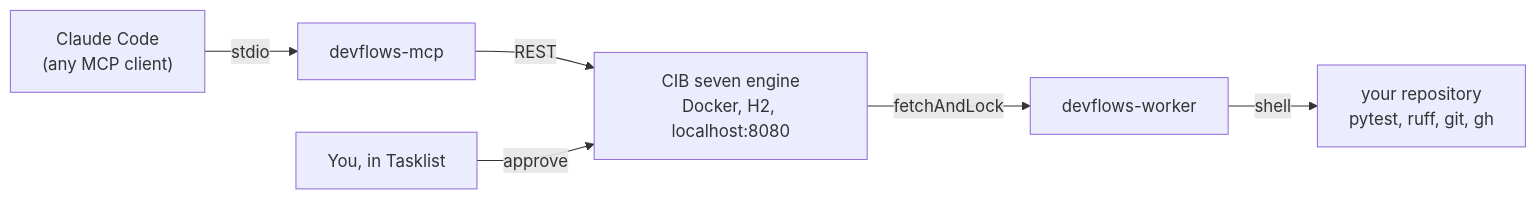
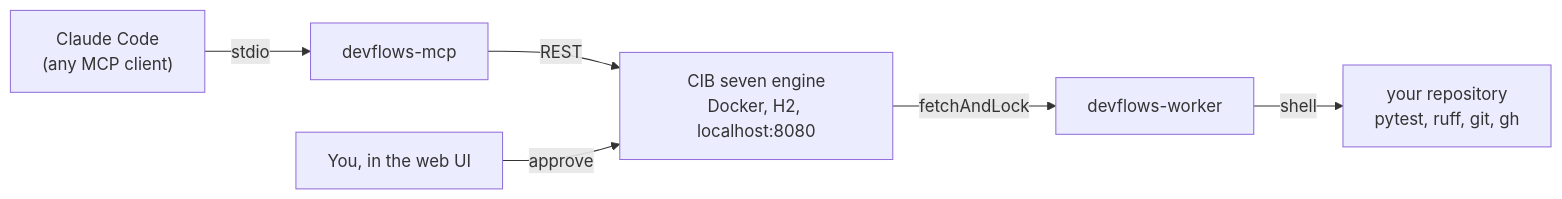
Before and after one commit to 0langa/cibseven-devflows: the first of 2 diagrams in README.md, drawn with Mermaid. The commit also changed other lines of this file and 5 other files, not shown here.

````diff
--- a/README.md
+++ b/README.md
@@ -22,8 +22,8 @@
 ```mermaid
 flowchart LR
     agent["Claude Code<br/>(any MCP client)"] -- stdio --> mcpserver["devflows-mcp"]
     mcpserver -- REST --> engine["CIB seven engine<br/>Docker, H2, localhost:8080"]
-    human["You, in Tasklist"] -- approve --> engine
+    human["You, in the web UI"] -- approve --> engine
     engine -- fetchAndLock --> worker["devflows-worker"]
     worker -- shell --> repo["your repository<br/>pytest, ruff, git, gh"]
 ```
````
